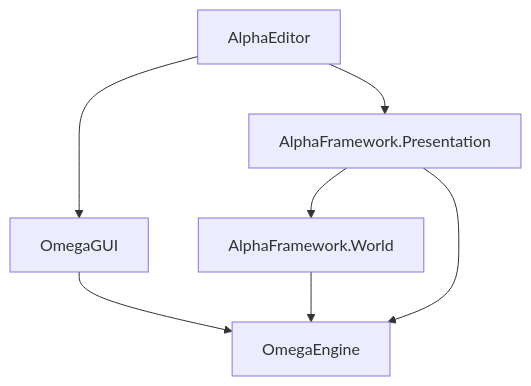
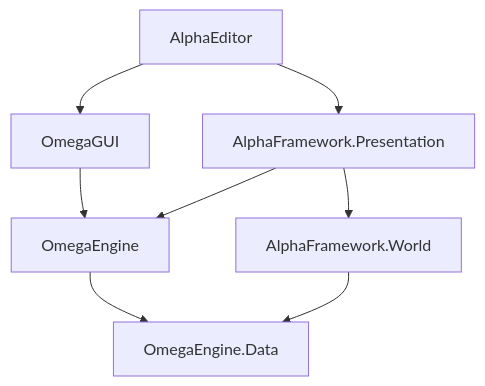
Before and after one commit to omegaengine/omegaengine: the diagram in doc/index.md, drawn with Mermaid. The commit also changed other lines of this file and 50 other files, not shown here.

Commit message:
Extracted parts of OmegaEngine to OmegaEngine.Data

````diff
--- a/doc/index.md
+++ b/doc/index.md
@@ -59,10 +60,10 @@
 ```mermaid
 flowchart TD
-    engine[OmegaEngine]
+    engine[OmegaEngine] --> data[OmegaEngine.Data]
     gui[OmegaGUI] --> engine
-    world[AlphaFramework.World] --> engine
+    world[AlphaFramework.World] --> data
     presentation[AlphaFramework.Presentation] --> world
     presentation --> engine
     editor[AlphaEditor] --> presentation
     editor --> gui
 ```
````
